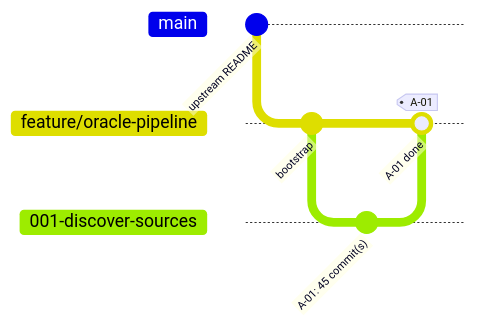
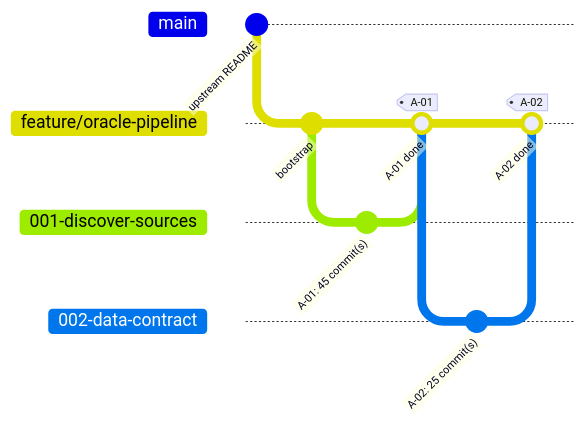
The second of 2 diagrams in docs/progress.md (HebaGaber/oracle-property-intelligence-platform-pipeline-travis-tx), drawn with Mermaid before and after one commit. The commit also changed other lines of this file, not shown here.

````diff
--- a/docs/progress.md
+++ b/docs/progress.md
@@ -19,11 +19,15 @@
 ```mermaid
 %%{init: { 'gitGraph': { 'mainBranchName': 'main', 'showCommitLabel': true } } }%%
 gitGraph
   commit id: "upstream README"
   branch "feature/oracle-pipeline"
   commit id: "bootstrap"
   branch "001-discover-sources"
   commit id: "A-01: 45 commit(s)"
   checkout "feature/oracle-pipeline"
   merge "001-discover-sources" id: "A-01 done" tag: "A-01"
+  branch "002-data-contract"
+  commit id: "A-02: 25 commit(s)"
+  checkout "feature/oracle-pipeline"
+  merge "002-data-contract" id: "A-02 done" tag: "A-02"
 ```
````
